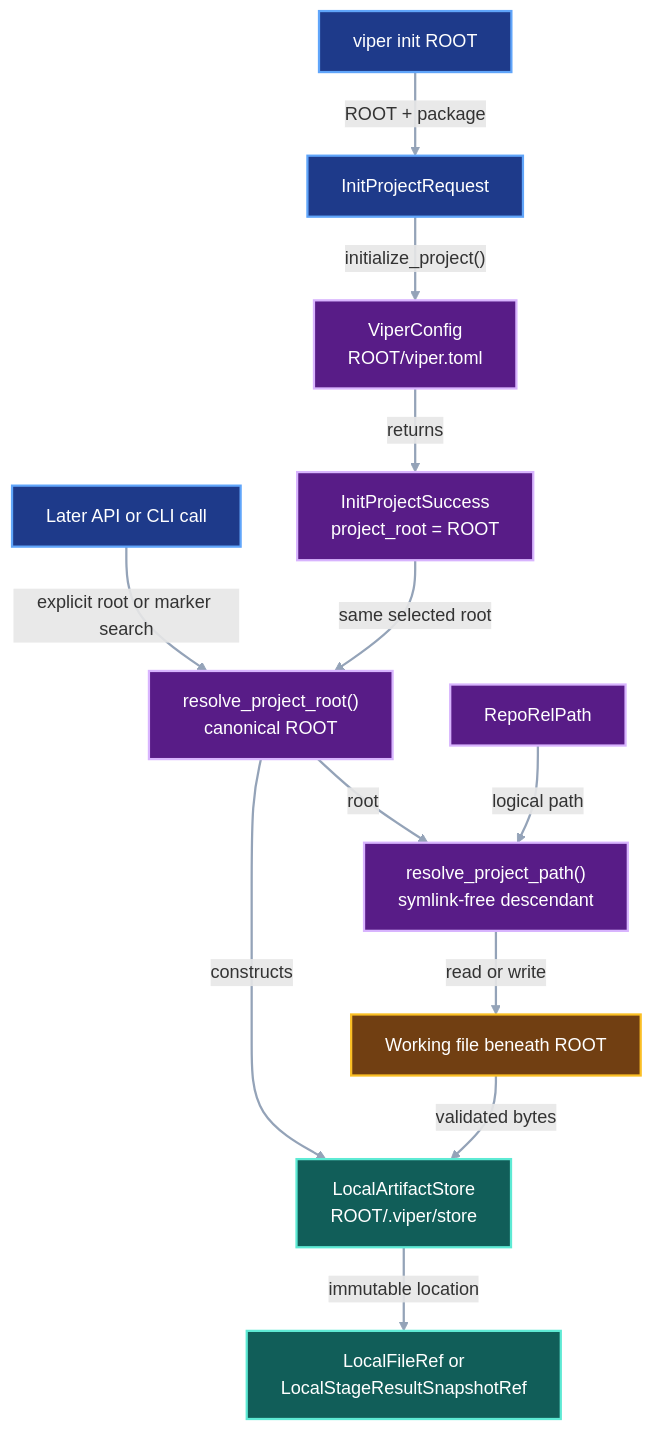
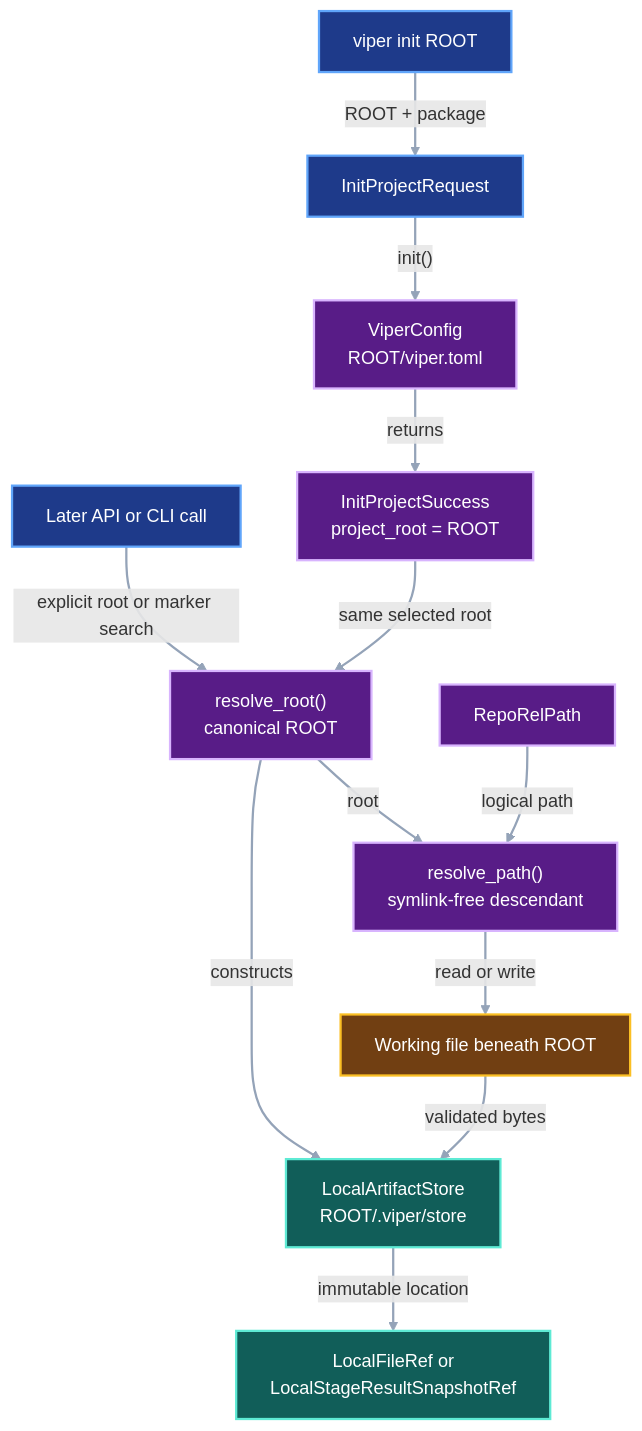
One commit to pvd232/viper changed the third of 3 diagrams in docs/development/project-data-root.md. Above: the diagram before and after it, drawn with Mermaid. The commit also changed other lines of this file and 10 other files, not shown here.

Commit message:
Consolidate project root operations

````diff
--- a/docs/development/project-data-root.md
+++ b/docs/development/project-data-root.md
@@ -158,36 +158,36 @@
 ```mermaid
 flowchart TD
     Init["viper init ROOT"]
     Request["InitProjectRequest"]
     Config["ViperConfig<br/>ROOT/viper.toml"]
     Success["InitProjectSuccess<br/>project_root = ROOT"]
     Command["Later API or CLI call"]
-    Root["resolve_project_root()<br/>canonical ROOT"]
+    Root["resolve_root()<br/>canonical ROOT"]
     Relative["RepoRelPath"]
-    Governed["resolve_project_path()<br/>symlink-free descendant"]
+    Governed["resolve_path()<br/>symlink-free descendant"]
     Working["Working file beneath ROOT"]
     Store["LocalArtifactStore<br/>ROOT/.viper/store"]
     Reference["LocalFileRef or<br/>LocalStageResultSnapshotRef"]
 
     Init -->|"ROOT + package"| Request
-    Request -->|"initialize_project()"| Config
+    Request -->|"init()"| Config
     Config -->|"returns"| Success
     Command -->|"explicit root or marker search"| Root
     Success -->|"same selected root"| Root
     Root -->|"root"| Governed
     Relative -->|"logical path"| Governed
     Governed -->|"read or write"| Working
     Root -->|"constructs"| Store
     Working -->|"validated bytes"| Store
     Store -->|"immutable location"| Reference
 
     class Init,Request,Command actor
     class Config,Success,Root,Relative,Governed contract
     class Working file
     class Store,Reference evidence
     classDef actor fill:#1e3a8a,stroke:#60a5fa,color:#ffffff,stroke-width:2px
     classDef contract fill:#581c87,stroke:#d8b4fe,color:#ffffff,stroke-width:2px
     classDef file fill:#713f12,stroke:#fbbf24,color:#ffffff,stroke-width:2px
     classDef evidence fill:#115e59,stroke:#5eead4,color:#ffffff,stroke-width:2px
     linkStyle default stroke:#94a3b8,stroke-width:2px
 ```
````
